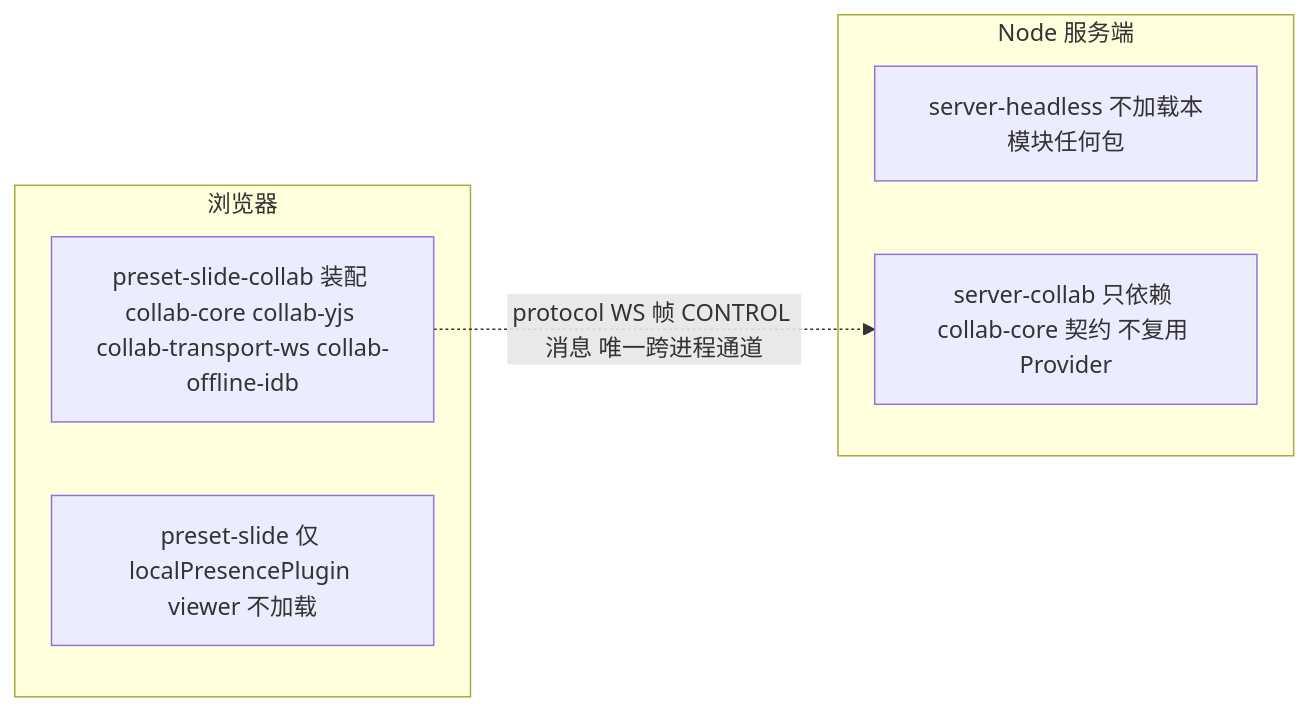
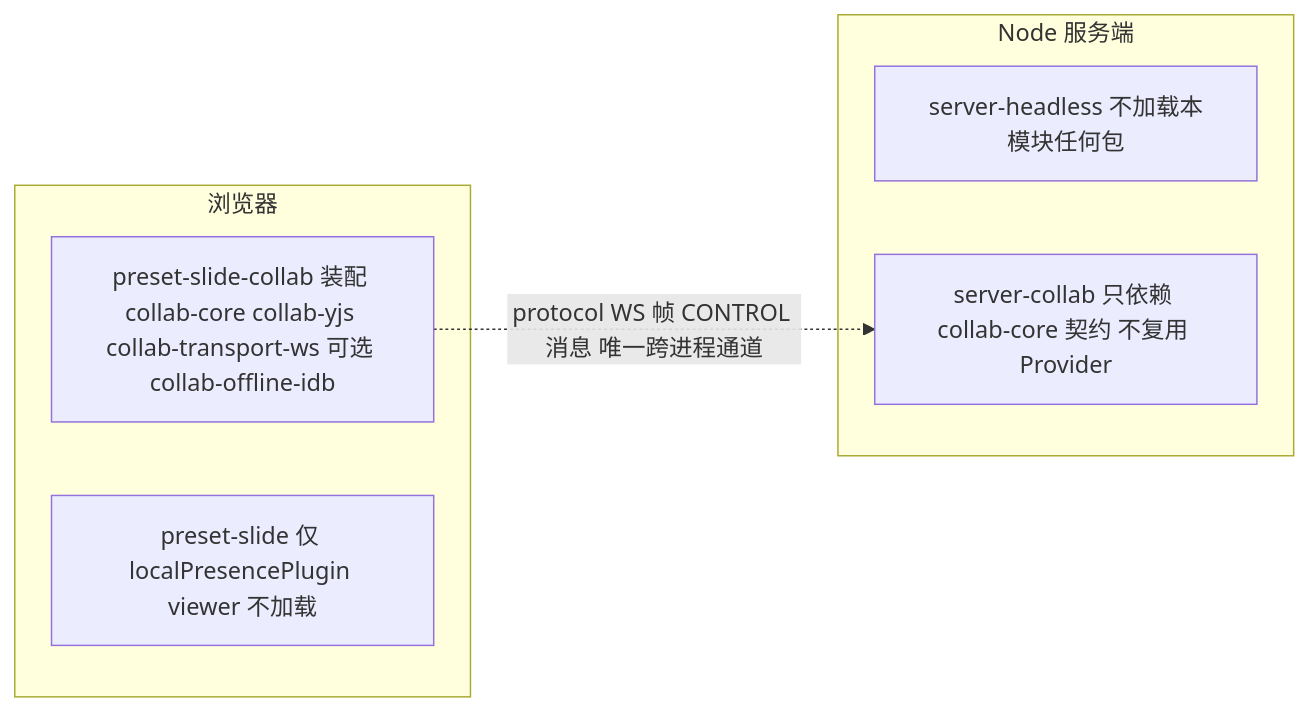
Before and after one commit to Xeonice/cordis-ppt-editor: the fourth of 6 diagrams in docs/40-modules/05-collaboration-client.md, drawn with Mermaid. The commit also changed other lines of this file and 79 other files, not shown here.

````diff
--- a/docs/40-modules/05-collaboration-client.md
+++ b/docs/40-modules/05-collaboration-client.md
@@ -838,12 +659,12 @@
 ```mermaid
 flowchart LR
   subgraph browserSide["浏览器"]
-    fullFour["preset-slide-collab 装配 collab-core collab-yjs collab-transport-ws collab-offline-idb"]
+    fullFour["preset-slide-collab 装配 collab-core collab-yjs collab-transport-ws 可选 collab-offline-idb"]
     localPresence["preset-slide 仅 localPresencePlugin viewer 不加载"]
   end
   subgraph nodeSide["Node 服务端"]
     serverHeadless["server-headless 不加载本模块任何包"]
     serverCollab["server-collab 只依赖 collab-core 契约 不复用 Provider"]
   end
   fullFour -. "protocol WS 帧 CONTROL 消息 唯一跨进程通道" .-> serverCollab
 ```
````
